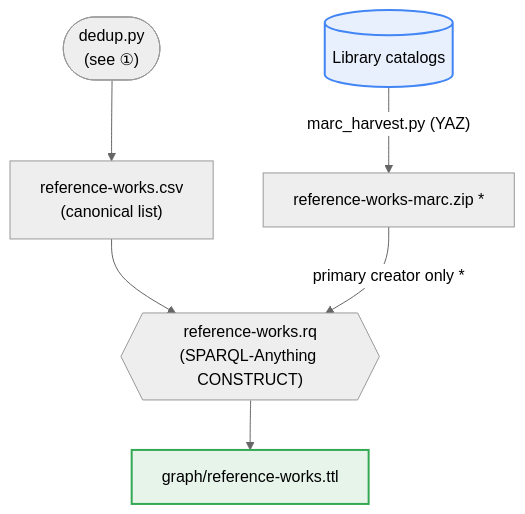
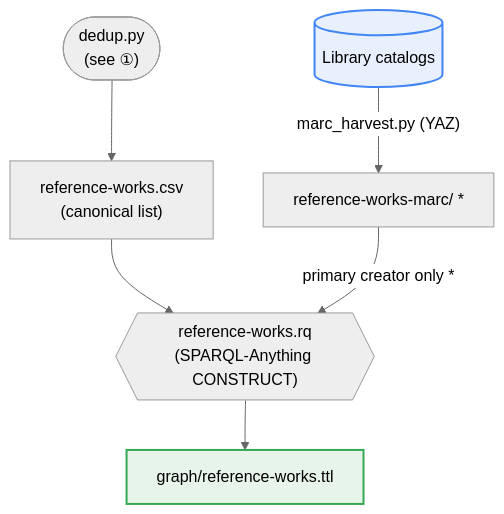
One commit to dkglab/artists-books changed the third of 5 diagrams in docs/PIPELINE.md. Above: the diagram before and after it, drawn with Mermaid (neutral theme). The commit also changed other lines of this file and 5893 other files, not shown here.

````diff
--- a/docs/PIPELINE.md
+++ b/docs/PIPELINE.md
@@ -143,17 +143,17 @@
 ```mermaid
 flowchart TD
     dedup(["dedup.py<br/>(see ①)"])
     catalogs[("Library catalogs")]
 
     dedup --> refcsv["reference-works.csv<br/>(canonical list)"]
-    catalogs -->|"marc_harvest.py (YAZ)"| refmarc["reference-works-marc.zip *"]
+    catalogs -->|"marc_harvest.py (YAZ)"| refmarc["reference-works-marc/ *"]
 
     refcsv --> refrq{{"reference-works.rq<br/>(SPARQL-Anything CONSTRUCT)"}}
     refmarc -->|"primary creator only *"| refrq
     refrq --> refttl["graph/reference-works.ttl"]
 
     classDef input fill:#e8f0fe,stroke:#4285f4,stroke-width:2px;
     classDef output fill:#e6f4ea,stroke:#34a853,stroke-width:2px;
     class catalogs input;
     class refttl output;
 ```
````
